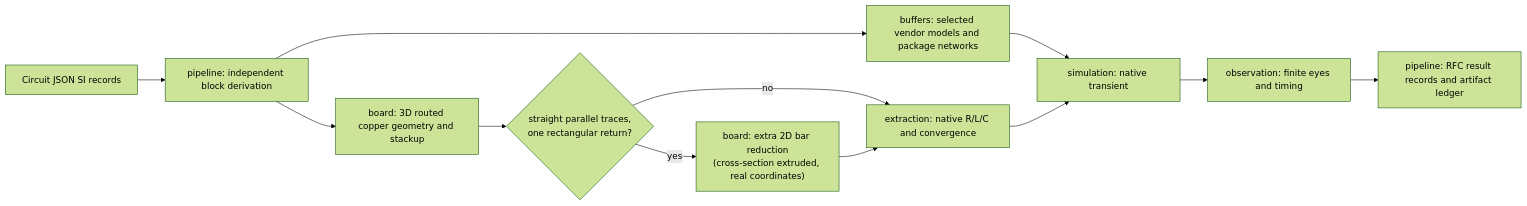
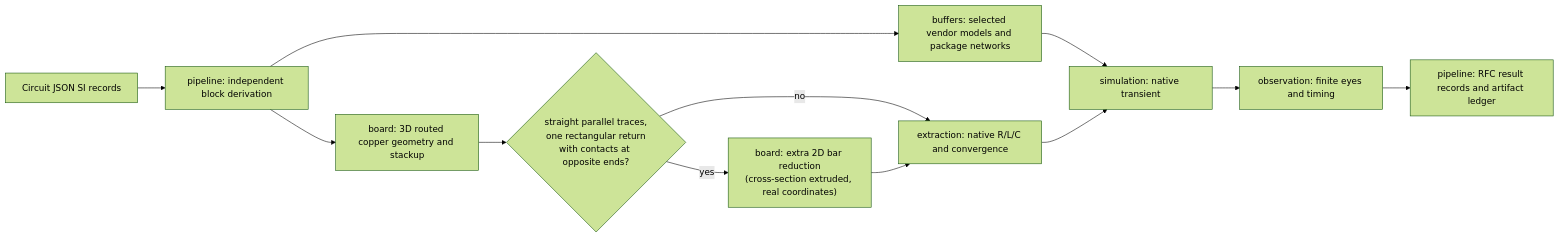
Before and after one commit to tscircuit/pcb-spice-pipeline: the first of 2 diagrams in docs/ARCHITECTURE.md, drawn with Mermaid (forest theme). The commit also changed other lines of this file and 126 other files, not shown here.

````diff
--- a/docs/ARCHITECTURE.md
+++ b/docs/ARCHITECTURE.md
@@ -9,14 +9,14 @@
 ```mermaid
 flowchart LR
   source["Circuit JSON SI records"] --> derive["pipeline: independent block derivation"]
   derive --> board3d["board: 3D routed copper geometry and stackup"]
-  board3d --> check{"straight parallel traces,<br/>one rectangular return?"}
+  board3d --> check{"straight parallel traces,<br/>one rectangular return<br/>with contacts at opposite ends?"}
   check -->|"yes"| bars["board: extra 2D bar reduction<br/>(cross-section extruded, real coordinates)"]
   check -->|"no"| extract
   bars --> extract["extraction: native R/L/C and convergence"]
   derive --> buffers["buffers: selected vendor models and package networks"]
   buffers --> simulate["simulation: native transient"]
   extract --> simulate
   simulate --> observe["observation: finite eyes and timing"]
   observe --> results["pipeline: RFC result records and artifact ledger"]
 ```
````
